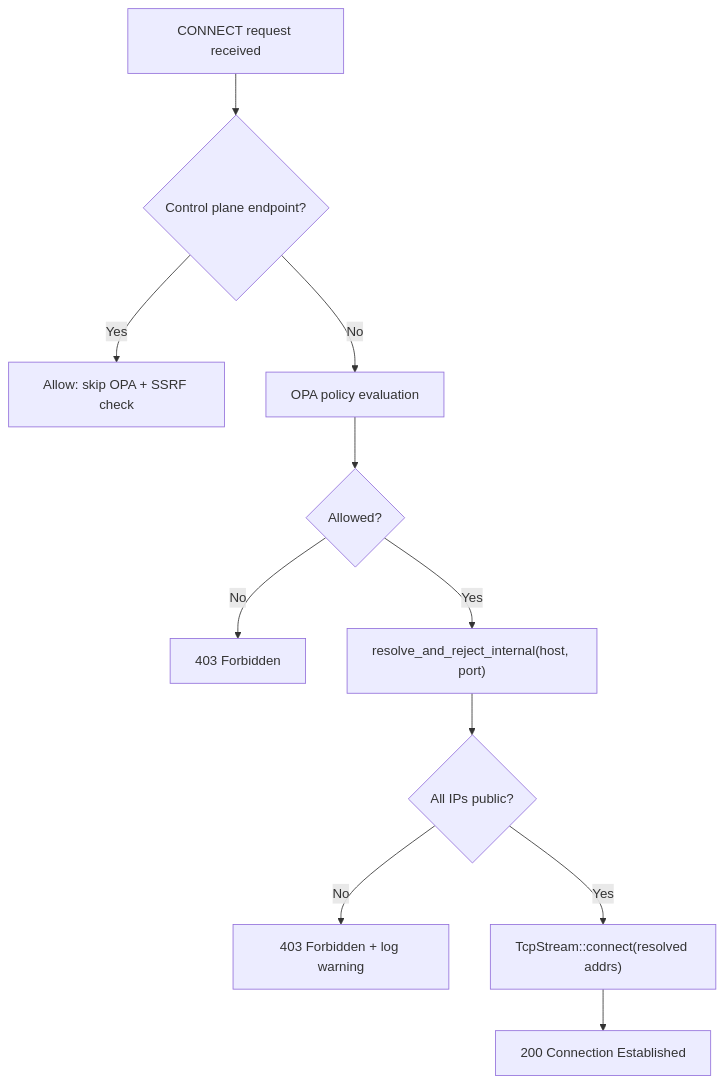
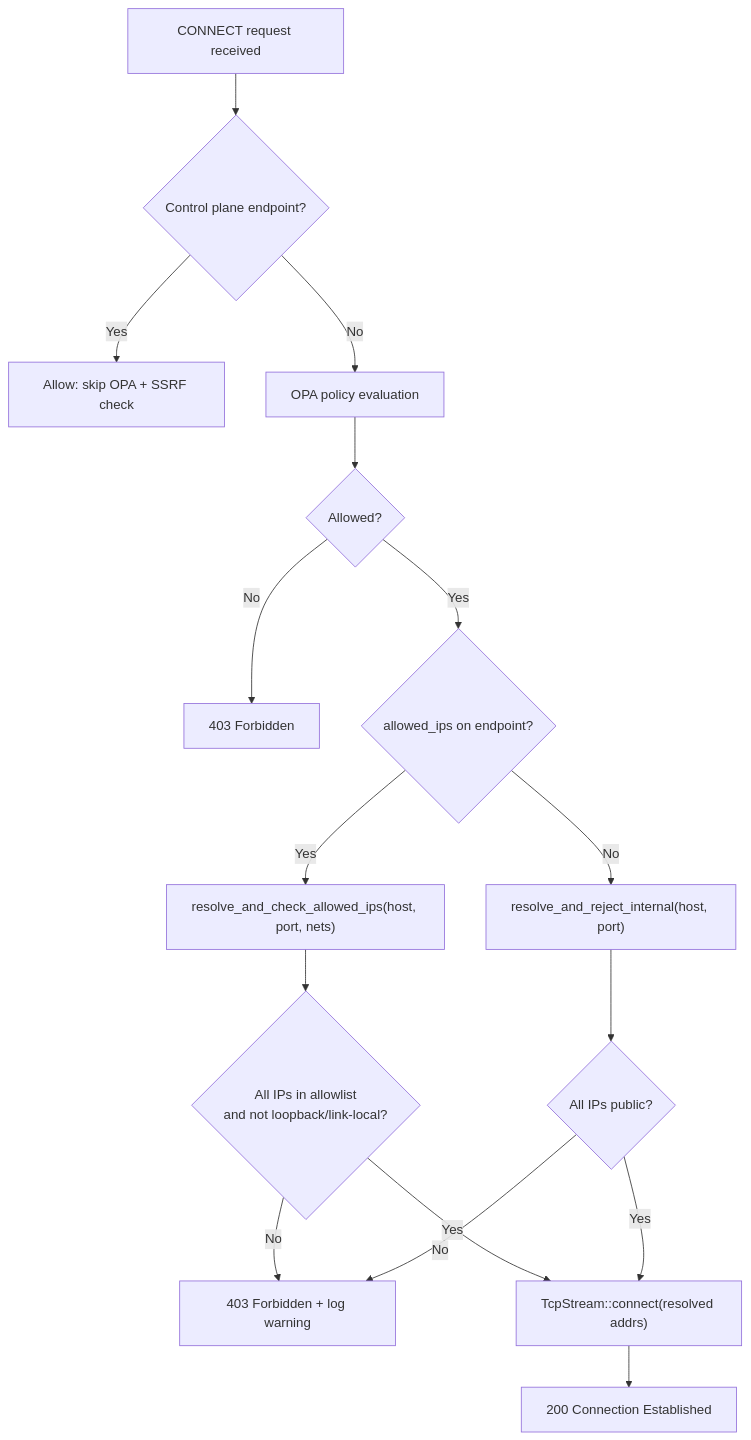
Before and after one commit to NVIDIA/OpenShell: the fifth of 5 diagrams in architecture/security-policy.md, drawn with Mermaid. The commit also changed other lines of this file and 10 other files, not shown here.

First line of the commit message:
feat(sandbox): allow egress to private IP space via allowed_ips policy field

````diff
--- a/architecture/security-policy.md
+++ b/architecture/security-policy.md
@@ -764,13 +780,18 @@
 ```mermaid
 flowchart TD
     A[CONNECT request received] --> B{Control plane endpoint?}
     B -- Yes --> C["Allow: skip OPA + SSRF check"]
     B -- No --> D[OPA policy evaluation]
     D --> E{Allowed?}
     E -- No --> F["403 Forbidden"]
-    E -- Yes --> G["resolve_and_reject_internal(host, port)"]
-    G --> H{All IPs public?}
-    H -- No --> I["403 Forbidden + log warning"]
-    H -- Yes --> J["TcpStream::connect(resolved addrs)"]
-    J --> K[200 Connection Established]
+    E -- Yes --> G{allowed_ips on endpoint?}
+    G -- Yes --> H["resolve_and_check_allowed_ips(host, port, nets)"]
+    H --> I{All IPs in allowlist<br/>and not loopback/link-local?}
+    I -- No --> J["403 Forbidden + log warning"]
+    I -- Yes --> K["TcpStream::connect(resolved addrs)"]
+    G -- No --> L["resolve_and_reject_internal(host, port)"]
+    L --> M{All IPs public?}
+    M -- No --> J
+    M -- Yes --> K
+    K --> N[200 Connection Established]
 ```
````
